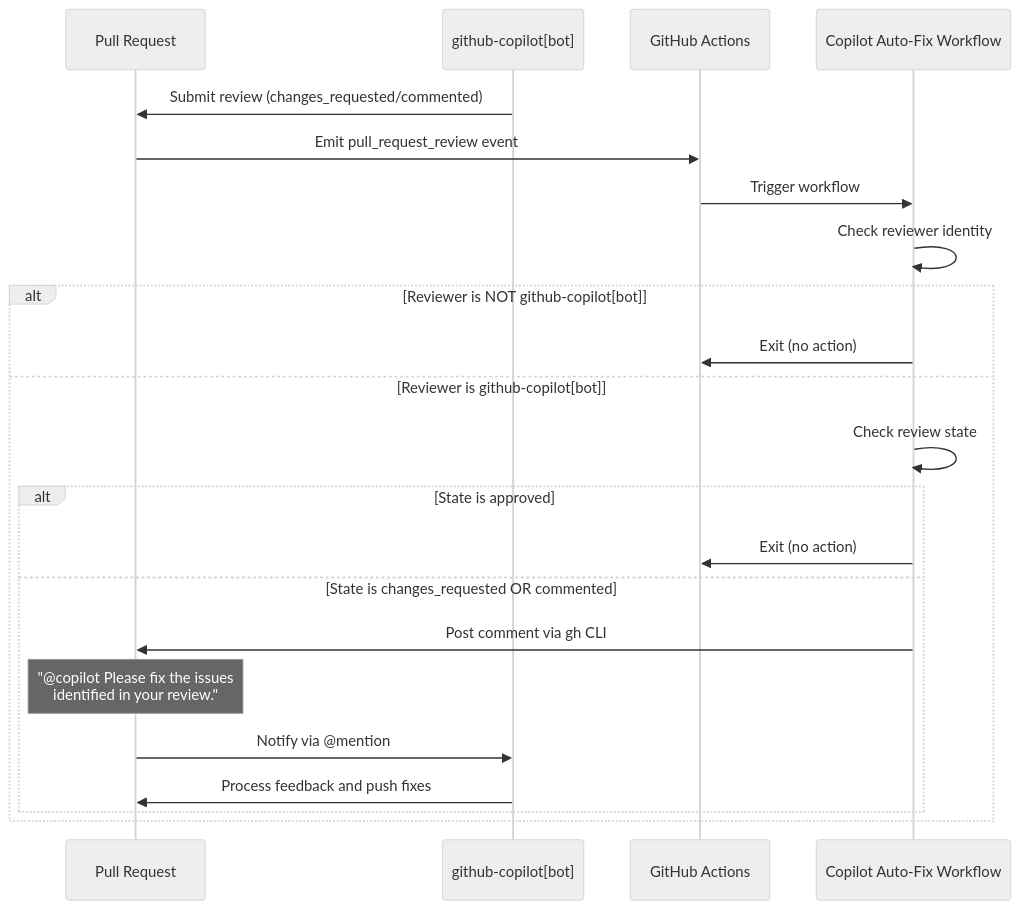
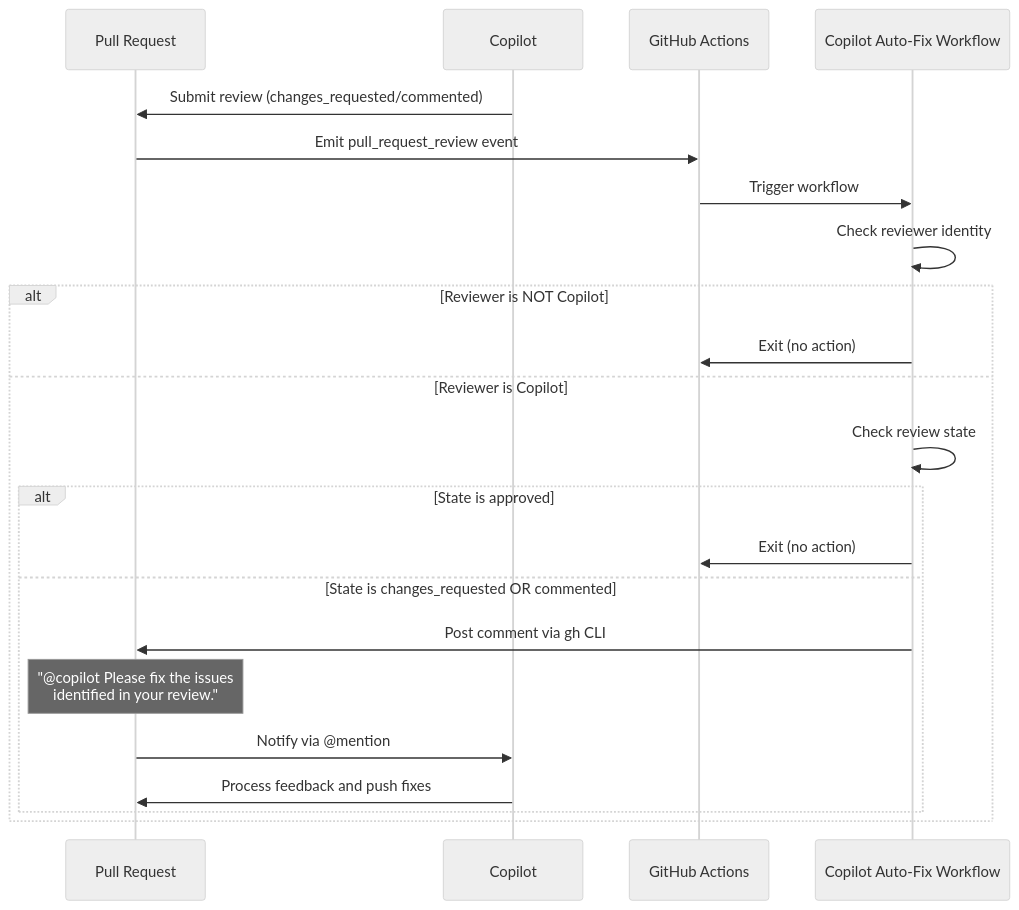
The second of 2 diagrams in .github/specs/copilot-autofix-loop.spec.md (zpratt/lousy-iam), drawn with Mermaid (neutral theme) before and after one commit. The commit also changed other lines of this file and 1 other file, not shown here.

Commit message:
fix: address bot reviewer feedback - state, comment text, remove PR author check, sync spec

````diff
--- a/.github/specs/copilot-autofix-loop.spec.md
+++ b/.github/specs/copilot-autofix-loop.spec.md
@@ -79,26 +79,26 @@
 ```mermaid
 sequenceDiagram
     participant PR as Pull Request
-    participant Copilot as github-copilot[bot]
+    participant Copilot as Copilot
     participant GH as GitHub Actions
     participant Workflow as Copilot Auto-Fix Workflow
 
     Copilot->>PR: Submit review (changes_requested/commented)
     PR->>GH: Emit pull_request_review event
     GH->>Workflow: Trigger workflow
     
     Workflow->>Workflow: Check reviewer identity
-    alt Reviewer is NOT github-copilot[bot]
+    alt Reviewer is NOT Copilot
         Workflow->>GH: Exit (no action)
-    else Reviewer is github-copilot[bot]
+    else Reviewer is Copilot
         Workflow->>Workflow: Check review state
         alt State is approved
             Workflow->>GH: Exit (no action)
         else State is changes_requested OR commented
             Workflow->>PR: Post comment via gh CLI
             Note over PR: "@copilot Please fix the issues<br/>identified in your review."
             PR->>Copilot: Notify via @mention
             Copilot->>PR: Process feedback and push fixes
         end
     end
 ```
````
